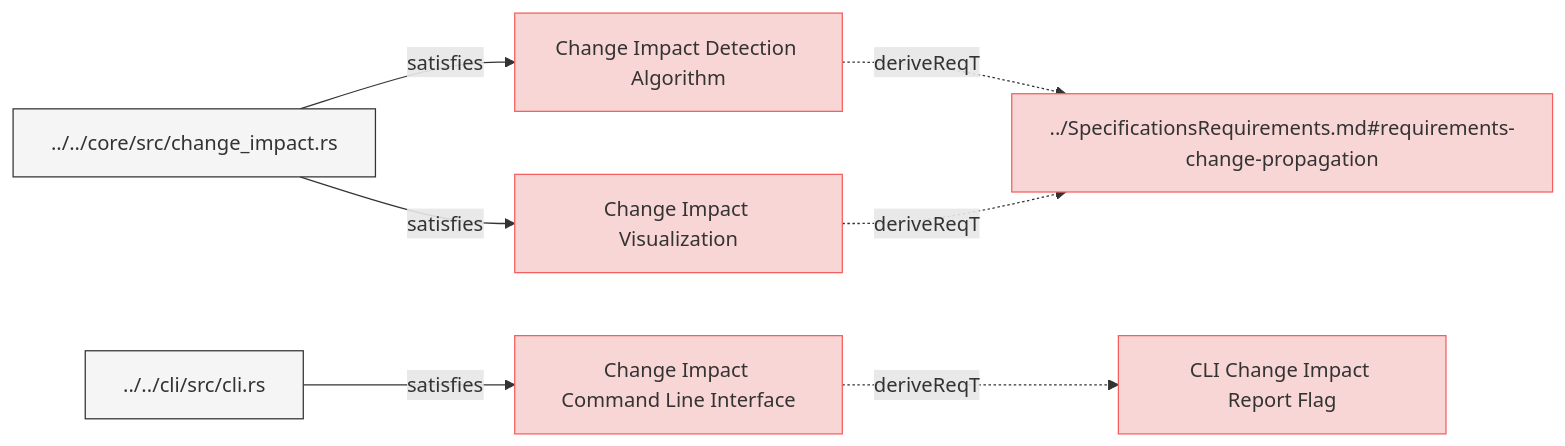
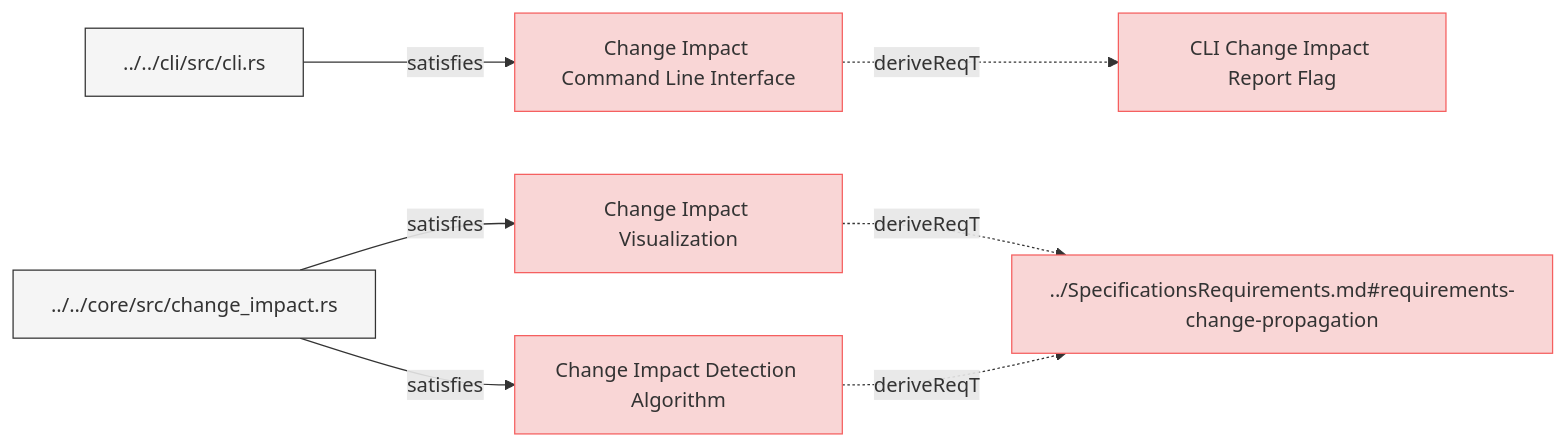
The diagram in specifications/SystemRequirements/ChangeImpactPropagation.md (reqvire-org/reqvire), drawn with Mermaid before and after one commit. The commit also changed 16 other files, not shown here.

````diff
--- a/specifications/SystemRequirements/ChangeImpactPropagation.md
+++ b/specifications/SystemRequirements/ChangeImpactPropagation.md
@@ -6,36 +6,36 @@
 ```mermaid
 graph LR;
   %% Graph styling
   classDef requirement fill:#f9d6d6,stroke:#f55f5f,stroke-width:1px;
   classDef verification fill:#d6f9d6,stroke:#5fd75f,stroke-width:1px;
   classDef externalLink fill:#d0e0ff,stroke:#3080ff,stroke-width:1px;
   classDef default fill:#f5f5f5,stroke:#333333,stroke-width:1px;
 
-  d46f18156c13fc62["Change Impact Detection Algorithm"];
-  click d46f18156c13fc62 "https://github.com/Reqvire/reqvire/blob/b8c43d2689b933838bf1838d8a4cdf3393c9014f/specifications/SystemRequirements/ChangeImpactPropagation.md#change-impact-detection-algorithm";
-  class d46f18156c13fc62 requirement;
-  d914e938be7e0abf["../SpecificationsRequirements.md#requirements-change-propagation"];
-  class d914e938be7e0abf requirement;
-  click d914e938be7e0abf "https://github.com/Reqvire/reqvire/blob/b8c43d2689b933838bf1838d8a4cdf3393c9014f/specifications/SpecificationsRequirements.md#requirements-change-propagation";
-  d46f18156c13fc62 -.->|deriveReqT| d914e938be7e0abf;
-  76acbdfdc0fba01e["../../core/src/change_impact.rs"];
-  class 76acbdfdc0fba01e default;
-  click 76acbdfdc0fba01e "https://github.com/Reqvire/reqvire/blob/b8c43d2689b933838bf1838d8a4cdf3393c9014f/core/src/change_impact.rs";
-  76acbdfdc0fba01e -->|satisfies| d46f18156c13fc62;
-  b5f53f632fafec7e["Change Impact Visualization"];
-  click b5f53f632fafec7e "https://github.com/Reqvire/reqvire/blob/b8c43d2689b933838bf1838d8a4cdf3393c9014f/specifications/SystemRequirements/ChangeImpactPropagation.md#change-impact-visualization";
-  class b5f53f632fafec7e requirement;
-  b5f53f632fafec7e -.->|deriveReqT| d914e938be7e0abf;
-  76acbdfdc0fba01e -->|satisfies| b5f53f632fafec7e;
   df07168dd5bc52f5["Change Impact Command Line Interface"];
-  click df07168dd5bc52f5 "https://github.com/Reqvire/reqvire/blob/b8c43d2689b933838bf1838d8a4cdf3393c9014f/specifications/SystemRequirements/ChangeImpactPropagation.md#change-impact-command-line-interface";
+  click df07168dd5bc52f5 "https://github.com/Reqvire/reqvire/blob/92e82ef235559b4819fd85d700024b79b452d8e3/specifications/SystemRequirements/ChangeImpactPropagation.md#change-impact-command-line-interface";
   class df07168dd5bc52f5 requirement;
   c020978403254f09["CLI Change Impact Report Flag"];
   class c020978403254f09 requirement;
-  click c020978403254f09 "https://github.com/Reqvire/reqvire/blob/b8c43d2689b933838bf1838d8a4cdf3393c9014f/specifications/SystemRequirements/Requirements.md#cli-change-impact-report-flag";
+  click c020978403254f09 "https://github.com/Reqvire/reqvire/blob/92e82ef235559b4819fd85d700024b79b452d8e3/specifications/SystemRequirements/Requirements.md#cli-change-impact-report-flag";
   df07168dd5bc52f5 -.->|deriveReqT| c020978403254f09;
   2f21d2133dbfd205["../../cli/src/cli.rs"];
   class 2f21d2133dbfd205 default;
-  click 2f21d2133dbfd205 "https://github.com/Reqvire/reqvire/blob/b8c43d2689b933838bf1838d8a4cdf3393c9014f/cli/src/cli.rs";
+  click 2f21d2133dbfd205 "https://github.com/Reqvire/reqvire/blob/92e82ef235559b4819fd85d700024b79b452d8e3/cli/src/cli.rs";
   2f21d2133dbfd205 -->|satisfies| df07168dd5bc52f5;
+  b5f53f632fafec7e["Change Impact Visualization"];
+  click b5f53f632fafec7e "https://github.com/Reqvire/reqvire/blob/92e82ef235559b4819fd85d700024b79b452d8e3/specifications/SystemRequirements/ChangeImpactPropagation.md#change-impact-visualization";
+  class b5f53f632fafec7e requirement;
+  d914e938be7e0abf["../SpecificationsRequirements.md#requirements-change-propagation"];
+  class d914e938be7e0abf requirement;
+  click d914e938be7e0abf "https://github.com/Reqvire/reqvire/blob/92e82ef235559b4819fd85d700024b79b452d8e3/specifications/SpecificationsRequirements.md#requirements-change-propagation";
+  b5f53f632fafec7e -.->|deriveReqT| d914e938be7e0abf;
+  76acbdfdc0fba01e["../../core/src/change_impact.rs"];
+  class 76acbdfdc0fba01e default;
+  click 76acbdfdc0fba01e "https://github.com/Reqvire/reqvire/blob/92e82ef235559b4819fd85d700024b79b452d8e3/core/src/change_impact.rs";
+  76acbdfdc0fba01e -->|satisfies| b5f53f632fafec7e;
+  d46f18156c13fc62["Change Impact Detection Algorithm"];
+  click d46f18156c13fc62 "https://github.com/Reqvire/reqvire/blob/92e82ef235559b4819fd85d700024b79b452d8e3/specifications/SystemRequirements/ChangeImpactPropagation.md#change-impact-detection-algorithm";
+  class d46f18156c13fc62 requirement;
+  d46f18156c13fc62 -.->|deriveReqT| d914e938be7e0abf;
+  76acbdfdc0fba01e -->|satisfies| d46f18156c13fc62;
 ```
````
